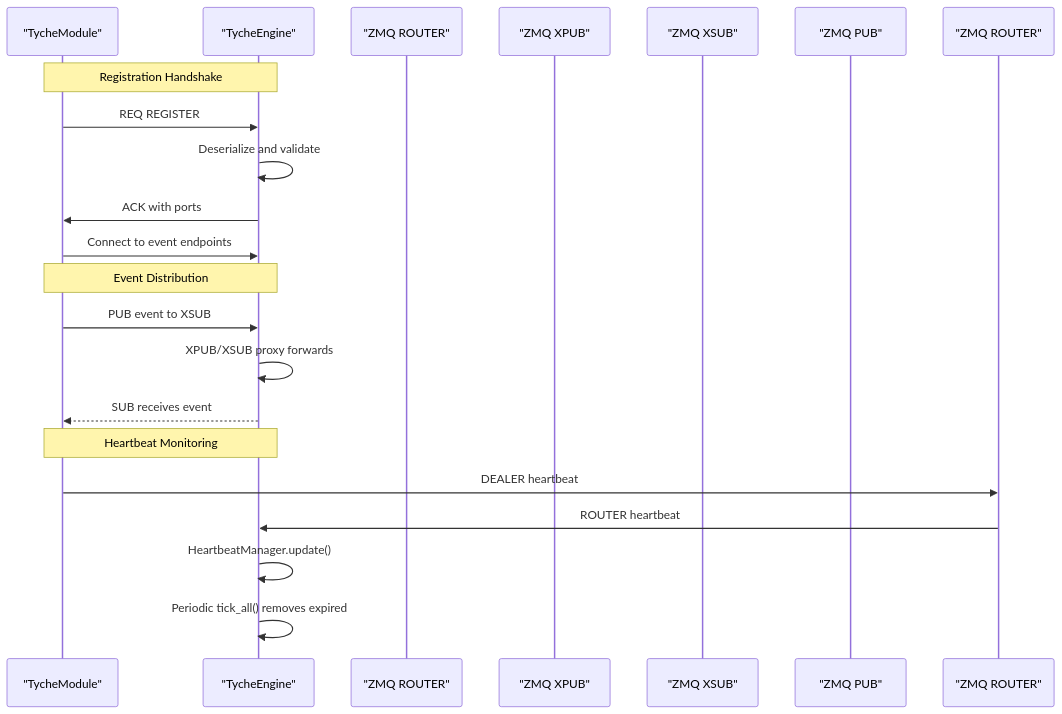
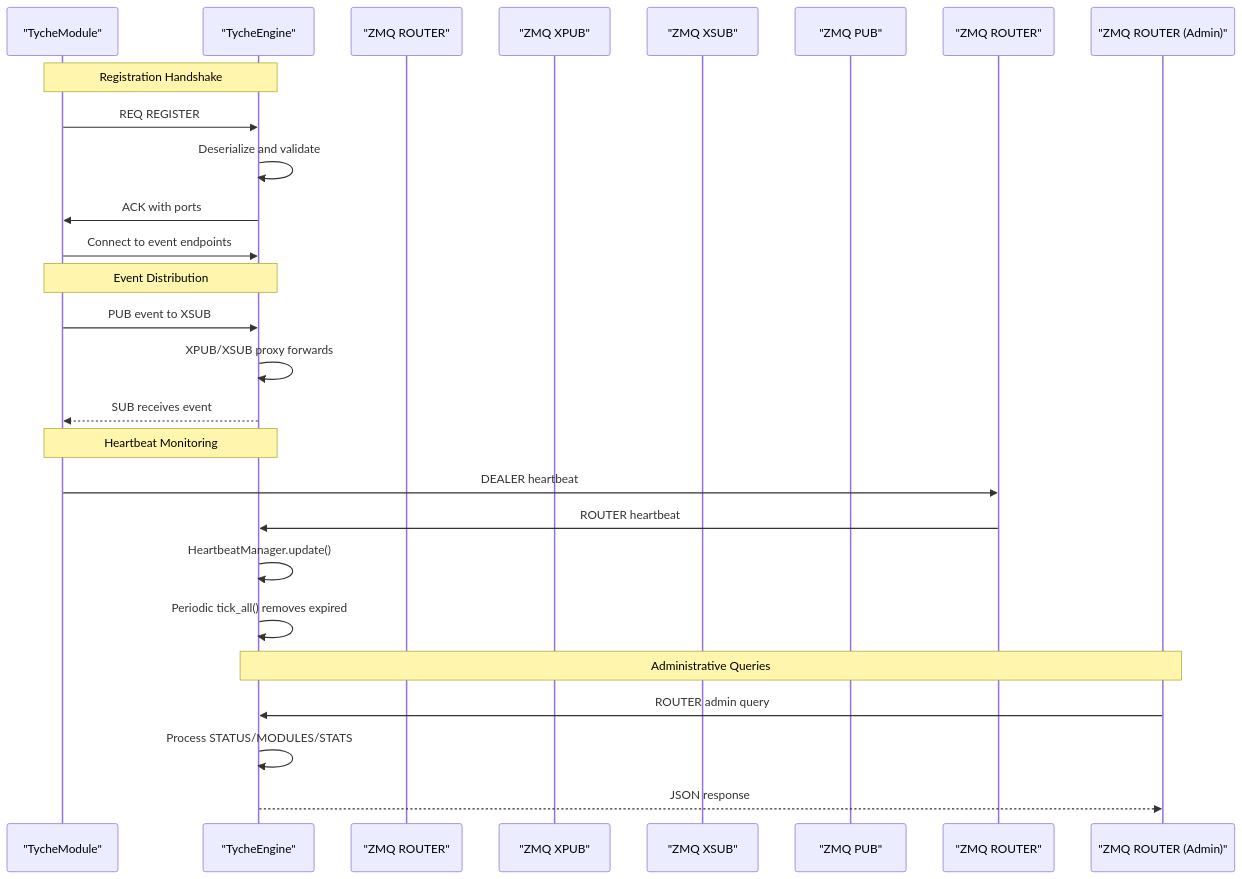
One commit to zt281/TycheEngine changed the second of 8 diagrams in .qoder/repowiki/en/content/Core Components/Core Components.md. Above: the diagram before and after it, drawn with Mermaid. The commit also changed other lines of this file and 5 other files, not shown here.

````diff
--- a/.qoder/repowiki/en/content/Core Components/Core Components.md
+++ b/.qoder/repowiki/en/content/Core Components/Core Components.md
@@ -124,24 +143,29 @@
 ```mermaid
 sequenceDiagram
 participant Mod as "TycheModule"
 participant Eng as "TycheEngine"
 participant ZREG as "ZMQ ROUTER"
 participant ZXPUB as "ZMQ XPUB"
 participant ZXSUB as "ZMQ XSUB"
 participant HBOUT as "ZMQ PUB"
 participant HBIN as "ZMQ ROUTER"
+participant Admin as "ZMQ ROUTER (Admin)"
 Note over Mod,Eng : Registration Handshake
 Mod->>Eng : REQ REGISTER
 Eng->>Eng : Deserialize and validate
 Eng->>Mod : ACK with ports
 Mod->>Eng : Connect to event endpoints
 Note over Mod,Eng : Event Distribution
 Mod->>Eng : PUB event to XSUB
 Eng->>Eng : XPUB/XSUB proxy forwards
 Eng-->>Mod : SUB receives event
 Note over Mod,Eng : Heartbeat Monitoring
 Mod->>HBIN : DEALER heartbeat
 HBIN->>Eng : ROUTER heartbeat
 Eng->>Eng : HeartbeatManager.update()
 Eng->>Eng : Periodic tick_all() removes expired
+Note over Eng,Admin : Administrative Queries
+Admin->>Eng : ROUTER admin query
+Eng->>Eng : Process STATUS/MODULES/STATS
+Eng-->>Admin : JSON response
 ```
````
